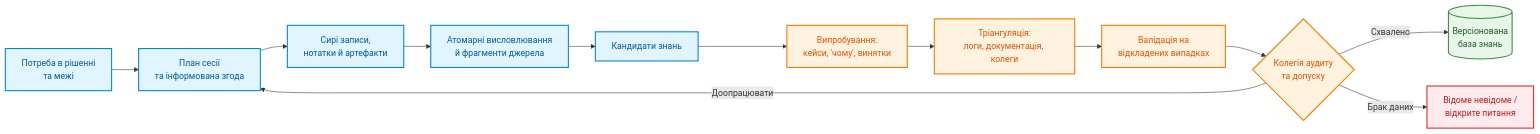
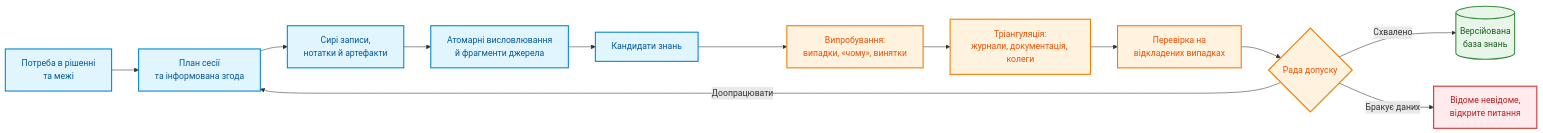
The first of 5 diagrams in ExpertSystem/ch11-knowledge-elicitation-from-experts.md (nick-fedchik/articles), drawn with Mermaid before and after one commit. The commit also changed other lines of this file, not shown here.

````diff
--- a/ExpertSystem/ch11-knowledge-elicitation-from-experts.md
+++ b/ExpertSystem/ch11-knowledge-elicitation-from-experts.md
@@ -22,27 +21,27 @@
 ```mermaid
 flowchart LR
-    accTitle: Пайплайн здобування знань від експертів
-    accDescr: Схема етапів від формулювання розриву у рішеннях до прийняття перевіреного знання у версіоновану базу знань.
+    accTitle: Конвеєр вилучення знань у експертів
+    accDescr: Етапи від формулювання рішення до прийняття перевіреного знання у версійовану базу знань.
 
     NEED["Потреба в рішенні<br/>та межі"] --> PLAN["План сесії<br/>та інформована згода"]
     PLAN --> RAW["Сирі записи,<br/>нотатки й артефакти"]
     RAW --> SEG["Атомарні висловлювання<br/>й фрагменти джерела"]
     SEG --> KC["Кандидати знань"]
-    KC --> CH["Випробування:<br/>кейси, 'чому', винятки"]
-    CH --> TRI["Тріангуляція:<br/>логи, документація, колеги"]
-    TRI --> VAL["Валідація на<br/>відкладених випадках"]
-    VAL --> GOV{"Колегія аудиту<br/>та допуску"}
-    GOV -->|Схвалено| KB[("Версіонована<br/>база знань")]
-    GOV -->|Доопрацювати| PLAN
-    GOV -->|Брак даних| UNK["Відоме невідоме /<br/>відкрите питання"]
+    KC --> CH["Випробування:<br/>випадки, «чому», винятки"]
+    CH --> TRI["Тріангуляція:<br/>журнали, документація, колеги"]
+    TRI --> VAL["Перевірка на<br/>відкладених випадках"]
+    VAL --> GOV{"Рада допуску"}
+    GOV -->|"Схвалено"| KB[("Версійована<br/>база знань")]
+    GOV -->|"Доопрацювати"| PLAN
+    GOV -->|"Бракує даних"| UNK["Відоме невідоме,<br/>відкрите питання"]
 
     classDef stage fill:#e1f5fe,stroke:#0288d1,stroke-width:2px,color:#01579b;
     classDef check fill:#fff3e0,stroke:#f57c00,stroke-width:2px,color:#e65100;
     classDef store fill:#e8f5e9,stroke:#388e3c,stroke-width:2px,color:#1b5e20;
     classDef alert fill:#ffebee,stroke:#d32f2f,stroke-width:2px,color:#b71c1c;
 
     class NEED,PLAN,RAW,SEG,KC stage;
     class CH,TRI,VAL,GOV check;
     class KB store;
     class UNK alert;
 ```
````
